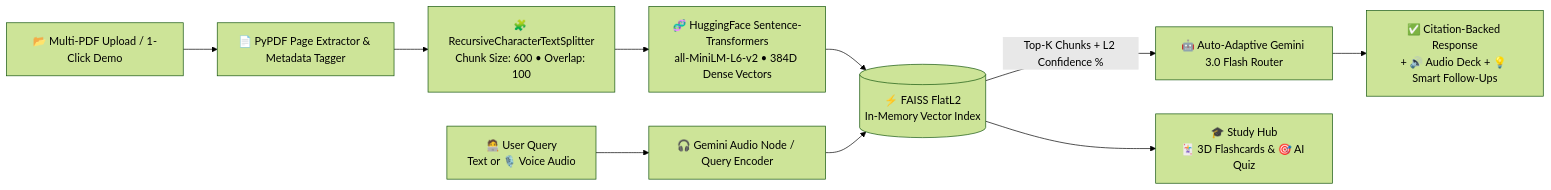
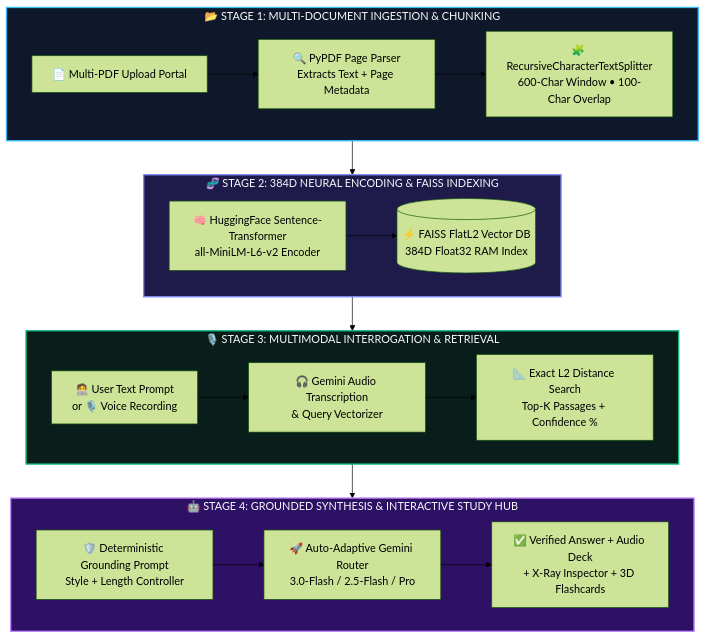
One commit to deeprxx/VeriRAG changed the first of 3 diagrams in README.md. Above: the diagram before and after it, drawn with Mermaid (forest theme). The commit also changed other lines of this file, not shown here.

````diff
--- a/README.md
+++ b/README.md
@@ -33,13 +56,33 @@
 ```mermaid
-flowchart LR
-    A[📂 Multi-PDF Upload / 1-Click Demo] --> B[📄 PyPDF Page Extractor & Metadata Tagger]
-    B --> C[🧩 RecursiveCharacterTextSplitter\nChunk Size: 600 • Overlap: 100]
-    C --> D[🧬 HuggingFace Sentence-Transformers\nall-MiniLM-L6-v2 • 384D Dense Vectors]
-    D --> E[(⚡ FAISS FlatL2\nIn-Memory Vector Index)]
-    
-    F[🧑‍💻 User Query\nText or 🎙️ Voice Audio] --> G[🎧 Gemini Audio Node / Query Encoder]
-    G --> E
-    E -->|Top-K Chunks + L2 Confidence %| H[🤖 Auto-Adaptive Gemini 3.0 Flash Router]
-    H --> I[✅ Citation-Backed Response\n+ 🔊 Audio Deck + 💡 Smart Follow-Ups]
-    E --> J[🎓 Study Hub\n🃏 3D Flashcards & 🎯 AI Quiz]
+flowchart TB
+    subgraph INGEST ["📂 STAGE 1: MULTI-DOCUMENT INGESTION & CHUNKING"]
+        direction LR
+        A["📄 Multi-PDF Upload Portal"] --> B["🔍 PyPDF Page Parser\nExtracts Text + Page Metadata"]
+        B --> C["🧩 RecursiveCharacterTextSplitter\n600-Char Window • 100-Char Overlap"]
+    end
+
+    subgraph VECTOR ["🧬 STAGE 2: 384D NEURAL ENCODING & FAISS INDEXING"]
+        direction LR
+        C --> D["🧠 HuggingFace Sentence-Transformer\nall-MiniLM-L6-v2 Encoder"]
+        D --> E[("⚡ FAISS FlatL2 Vector DB\n384D Float32 RAM Index")]
+    end
+
+    subgraph QUERY ["🎙️ STAGE 3: MULTIMODAL INTERROGATION & RETRIEVAL"]
+        direction LR
+        F["🧑‍💻 User Text Prompt\nor 🎙️ Voice Recording"] --> G["🎧 Gemini Audio Transcription\n& Query Vectorizer"]
+        G --> H["📐 Exact L2 Distance Search\nTop-K Passages + Confidence %"]
+        E --> H
+    end
+
+    subgraph SYNTH ["🤖 STAGE 4: GROUNDED SYNTHESIS & INTERACTIVE STUDY HUB"]
+        direction LR
+        H --> I["🛡️ Deterministic Grounding Prompt\nStyle + Length Controller"]
+        I --> J["🚀 Auto-Adaptive Gemini Router\n3.0-Flash / 2.5-Flash / Pro"]
+        J --> K["✅ Verified Answer + Audio Deck\n+ X-Ray Inspector + 3D Flashcards"]
+    end
+
+    style INGEST fill:#0f172a,stroke:#38bdf8,stroke-width:2px,color:#f8fafc
+    style VECTOR fill:#1e1b4b,stroke:#818cf8,stroke-width:2px,color:#f8fafc
+    style QUERY fill:#091e1a,stroke:#10b981,stroke-width:2px,color:#f8fafc
+    style SYNTH fill:#2e1065,stroke:#c084fc,stroke-width:2px,color:#f8fafc
 ```
````
